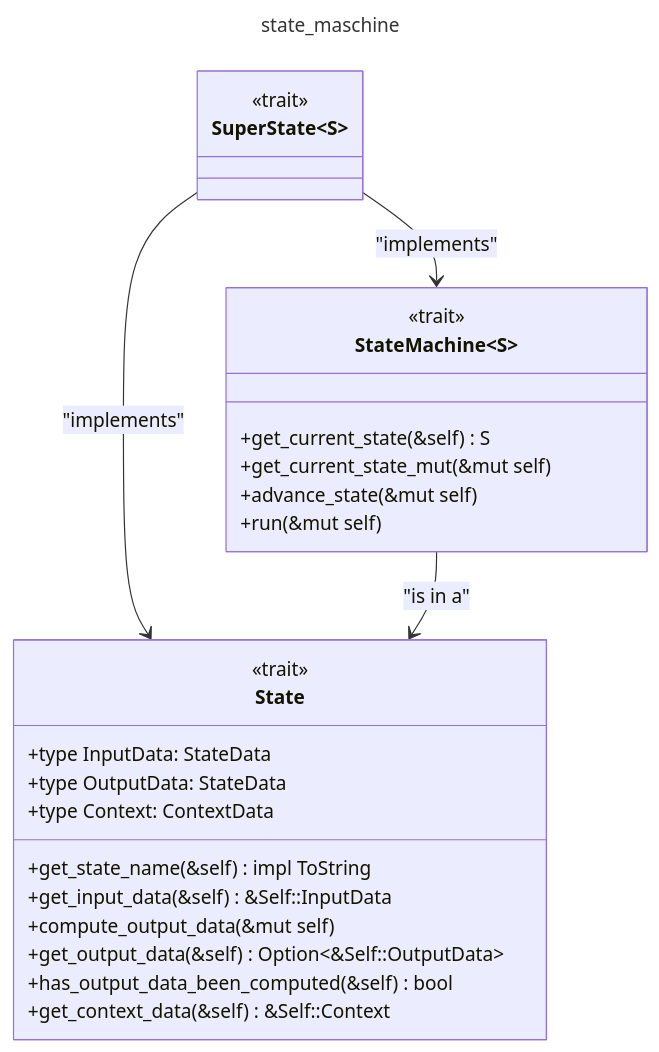
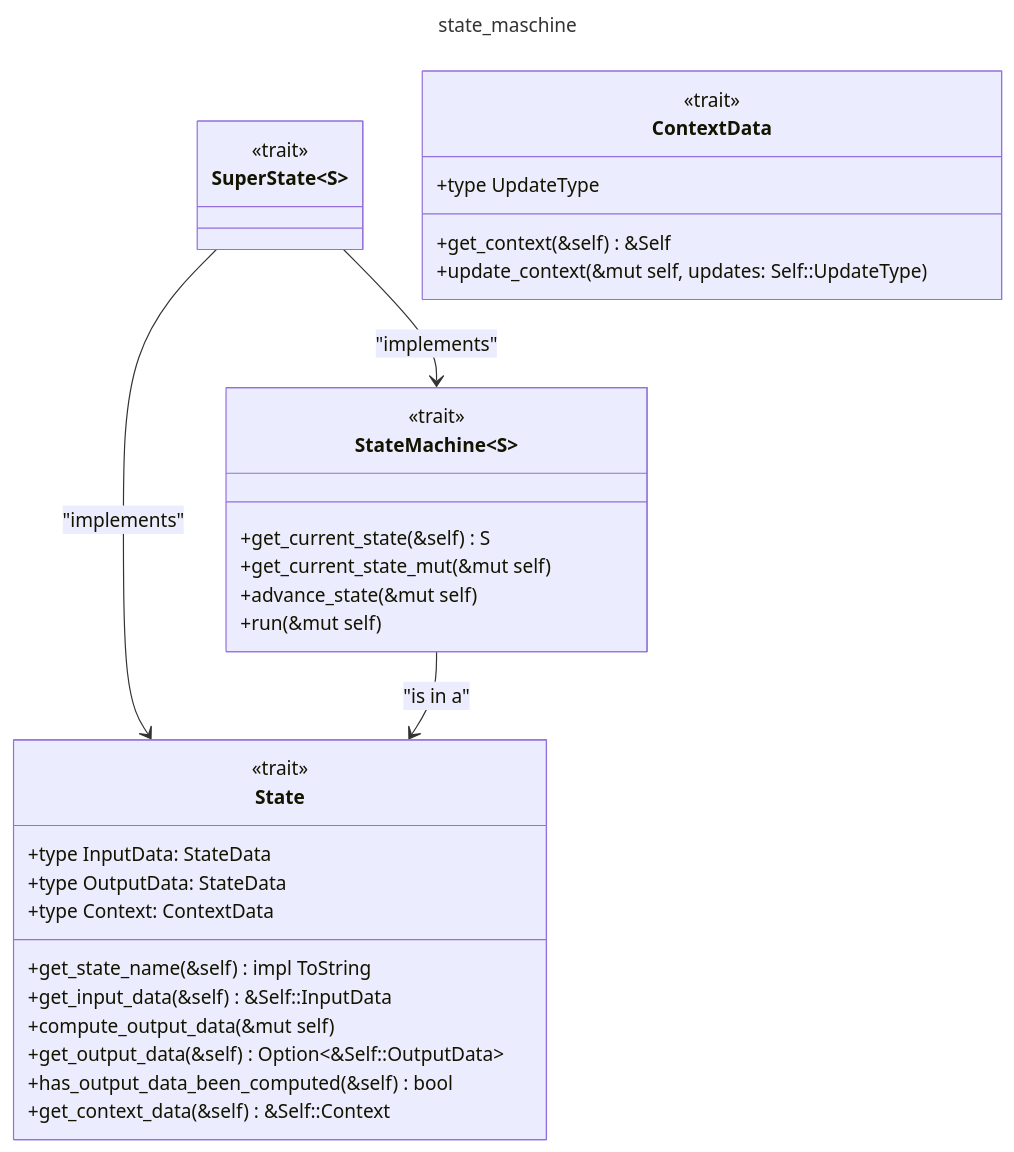
One commit to ironcapitaleu/arkad changed the diagram in state_machine/design/uml_class_diagram/state_machine_framework_design.md. Above: the diagram before and after it, drawn with Mermaid.

Commit message:
design: add `ContextData` trait to class diagram

````diff
--- a/state_machine/design/uml_class_diagram/state_machine_framework_design.md
+++ b/state_machine/design/uml_class_diagram/state_machine_framework_design.md
@@ -1,49 +1,60 @@
 ```mermaid
 ---
 title: state_maschine
 ---
 classDiagram
     class StateMachine~S~{
         <<trait>>
         %% This is a trait that represents a `StateMachine`.
 
         %% These are the trait methods that must be implemented by any `StateMachine`.
         +get_current_state(&self) S
         +get_current_state_mut(&mut self)
         +advance_state(&mut self)
         +run(&mut self)
     }
 
     class State {
         <<trait>>
         %% This is a trait that represents a `State` in the `StateMachine`.
 
         %% These are the associated types that represent the data associated with a `State`inside a `StateMachine' represents the data associated with a `State`.
         +type InputData: StateData
         +type OutputData: StateData
         +type Context: ContextData
 
         %% These are the trait methods that must be implemented by any `State` in the `StateMachine`.
         +get_state_name(&self) impl ToString
         +get_input_data(&self) &Self::InputData
         +compute_output_data(&mut self)
         +get_output_data(&self) Option<&Self::OutputData>
         +has_output_data_been_computed(&self) bool
         +get_context_data(&self) &Self::Context
     }
 
 
     class SuperState~S~ {
         <<trait>>
         %% This is a trait that represents a `SuperState` in a hierarchical state machine.
         %% A `SuperState` must implement both `State` and `StateMachine<S>` traits.
 
         %% Associated types and methods are inherited from `State` and `StateMachine<S>`.
     }
-    
+
+    class ContextData {
+        <<trait>>
+        %% This is a trait that defines the behavior and characteristics of context data in a state machine.
+
+        %% Associated type for updates to the context data.
+        +type UpdateType
+
+        %% Methods defined by the ContextData trait.
+        +get_context(&self) &Self
+        +update_context(&mut self, updates: Self::UpdateType)
+    }    
 
     %% Relationships
     SuperState --> StateMachine : "implements"
     SuperState --> State : "implements"
     StateMachine --> State : "is in a"
 ```
````
